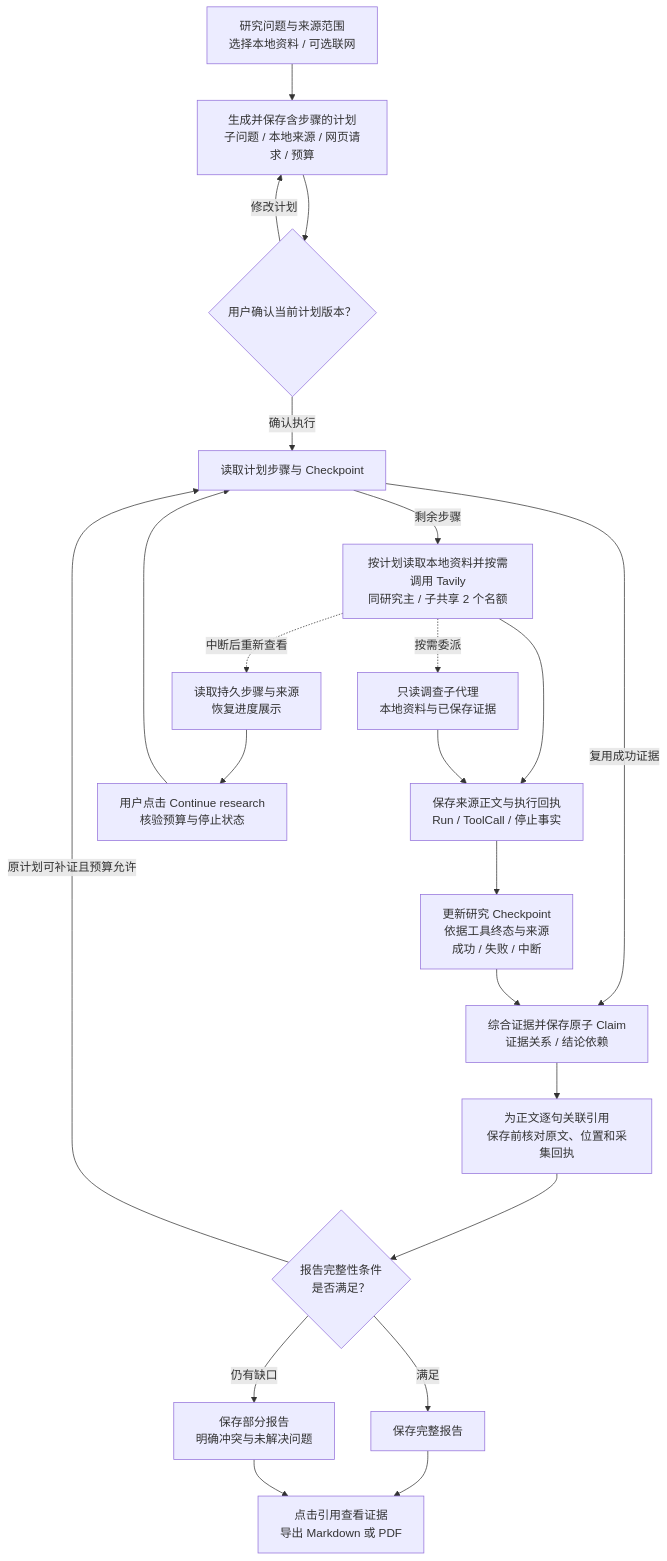
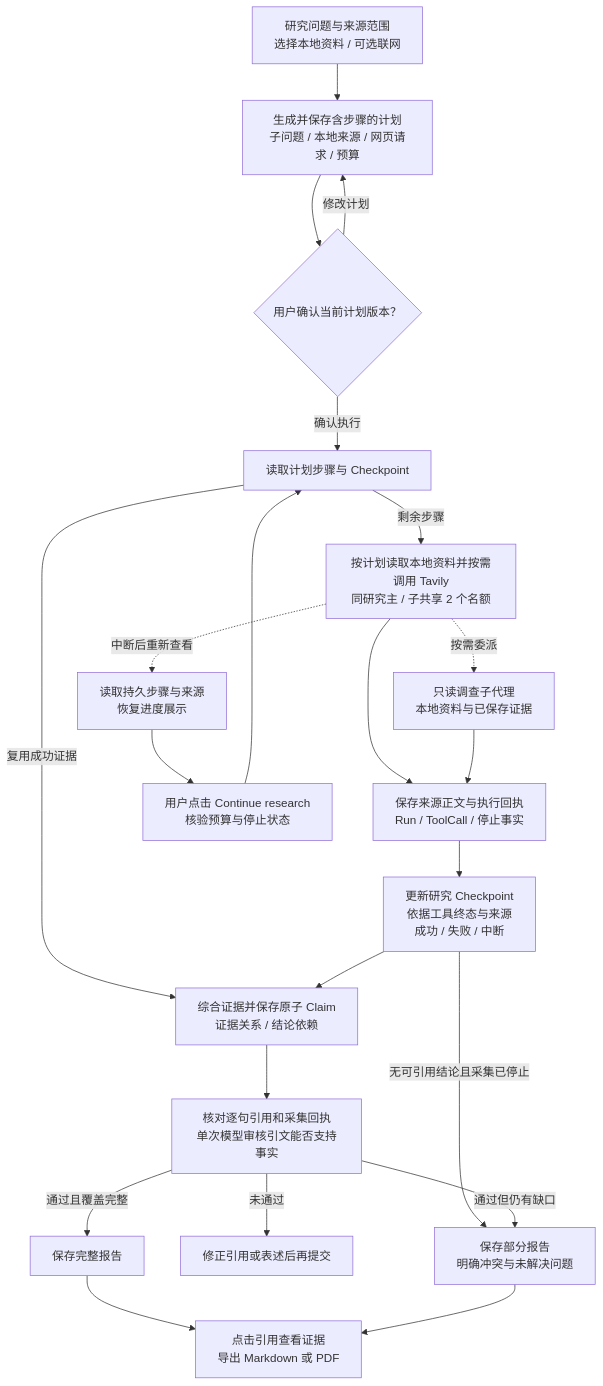
The second of 7 diagrams in README.md (ChaoDiDiaoAA/Flowmate), drawn with Mermaid before and after one commit. The commit also changed other lines of this file and 57 other files, not shown here.

````diff
--- a/README.md
+++ b/README.md
@@ -90,24 +97,24 @@
 ```mermaid
 flowchart TB
   Question["研究问题与来源范围<br/>选择本地资料 / 可选联网"] --> Plan["生成并保存含步骤的计划<br/>子问题 / 本地来源 / 网页请求 / 预算"]
   Plan --> Confirm{"用户确认当前计划版本？"}
   Confirm -->|"修改计划"| Plan
   Confirm -->|"确认执行"| Steps["读取计划步骤与 Checkpoint"]
   Steps -->|"剩余步骤"| Collect["按计划读取本地资料并按需调用 Tavily<br/>同研究主 / 子共享 2 个名额"]
   Collect --> Receipts["保存来源正文与执行回执<br/>Run / ToolCall / 停止事实"]
   Collect -.->|"按需委派"| Investigator["只读调查子代理<br/>本地资料与已保存证据"]
   Investigator --> Receipts
   Receipts --> Checkpoint["更新研究 Checkpoint<br/>依据工具终态与来源<br/>成功 / 失败 / 中断"]
   Steps -->|"复用成功证据"| Claims["综合证据并保存原子 Claim<br/>证据关系 / 结论依赖"]
   Checkpoint --> Claims
-  Claims --> References["为正文逐句关联引用<br/>保存前核对原文、位置和采集回执"]
-  References --> Coverage{"报告完整性条件<br/>是否满足？"}
-  Coverage -->|"满足"| Full["保存完整报告"]
-  Coverage -->|"原计划可补证且预算允许"| Steps
-  Coverage -->|"仍有缺口"| Partial["保存部分报告<br/>明确冲突与未解决问题"]
+  Claims --> References["核对逐句引用和采集回执<br/>单次模型审核引文能否支持事实"]
+  Checkpoint -->|"无可引用结论且采集已停止"| Partial["保存部分报告<br/>明确冲突与未解决问题"]
+  References -->|"未通过"| Reject["修正引用或表述后再提交"]
+  References -->|"通过且覆盖完整"| Full["保存完整报告"]
+  References -->|"通过但仍有缺口"| Partial
   Full --> Deliver["点击引用查看证据<br/>导出 Markdown 或 PDF"]
   Partial --> Deliver
   Collect -.->|"中断后重新查看"| Restore["读取持久步骤与来源<br/>恢复进度展示"]
   Restore --> Continue["用户点击 Continue research<br/>核验预算与停止状态"]
   Continue --> Steps
 ```
````
